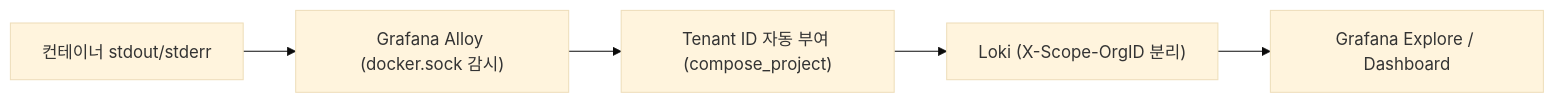
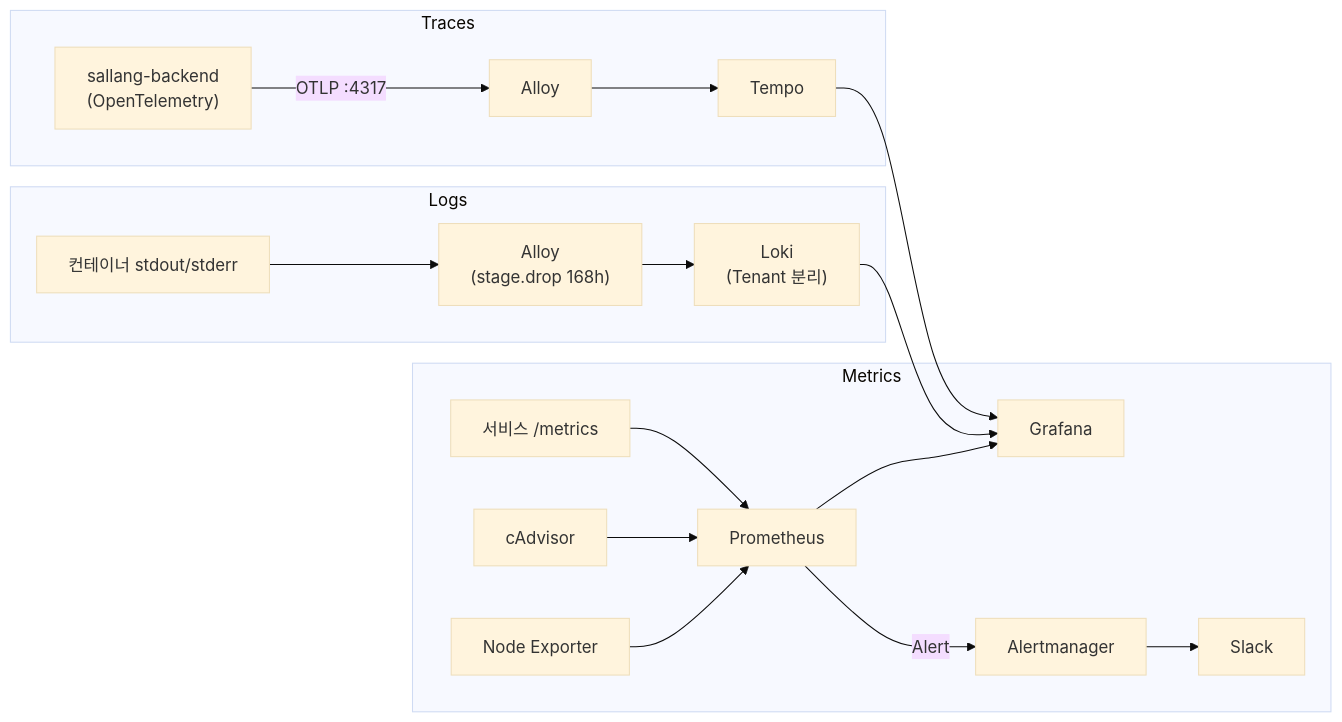
The second of 2 diagrams in docs/MONITORING_GUIDE.md (jongmine/jongmin-server-infra), drawn with Mermaid (base theme) before and after one commit. The commit also changed other lines of this file and 1 other file, not shown here.

````diff
--- a/docs/MONITORING_GUIDE.md
+++ b/docs/MONITORING_GUIDE.md
@@ -221,10 +156,20 @@
 ```mermaid
 flowchart LR
-    CTR["컨테이너 stdout/stderr"]
-    ALLOY["Grafana Alloy (docker.sock 감시)"]
-    TENANT["Tenant ID 자동 부여 (compose_project)"]
-    LOKI["Loki (X-Scope-OrgID 분리)"]
-    GF["Grafana Explore / Dashboard"]
+    subgraph Metrics
+        NE["Node Exporter"] & CA["cAdvisor"] & SVC["서비스 /metrics"]
+        --> PROM["Prometheus"] --> GF["Grafana"]
+        PROM -->|"Alert"| AM["Alertmanager"] --> SLACK["Slack"]
+    end
 
-    CTR --> ALLOY --> TENANT --> LOKI --> GF
+    subgraph Logs
+        CTR["컨테이너 stdout/stderr"]
+        --> ALLOY["Alloy\n(stage.drop 168h)"]
+        --> LOKI["Loki\n(Tenant 분리)"] --> GF
+    end
+
+    subgraph Traces
+        APP["sallang-backend\n(OpenTelemetry)"]
+        -->|"OTLP :4317"| ALLOY2["Alloy"]
+        --> TEMPO["Tempo"] --> GF
+    end
 ```
````
